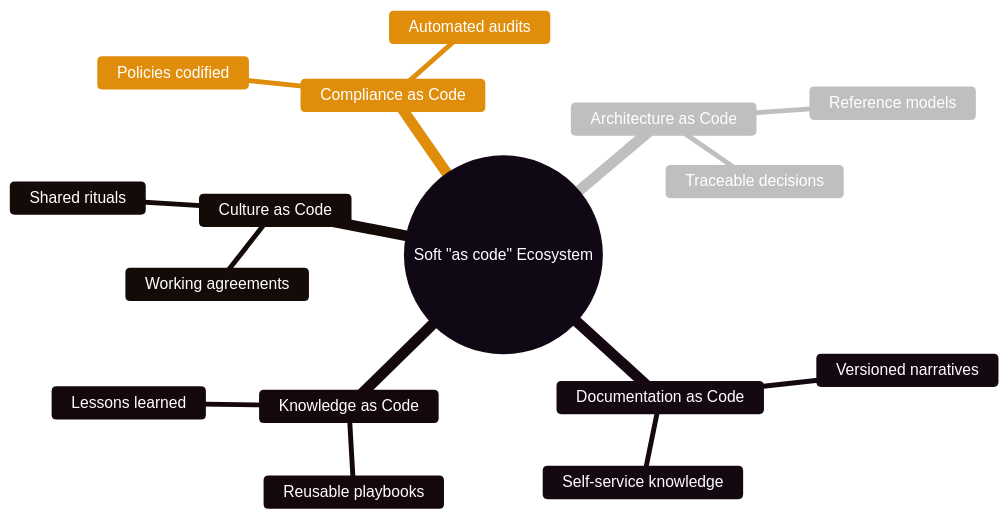
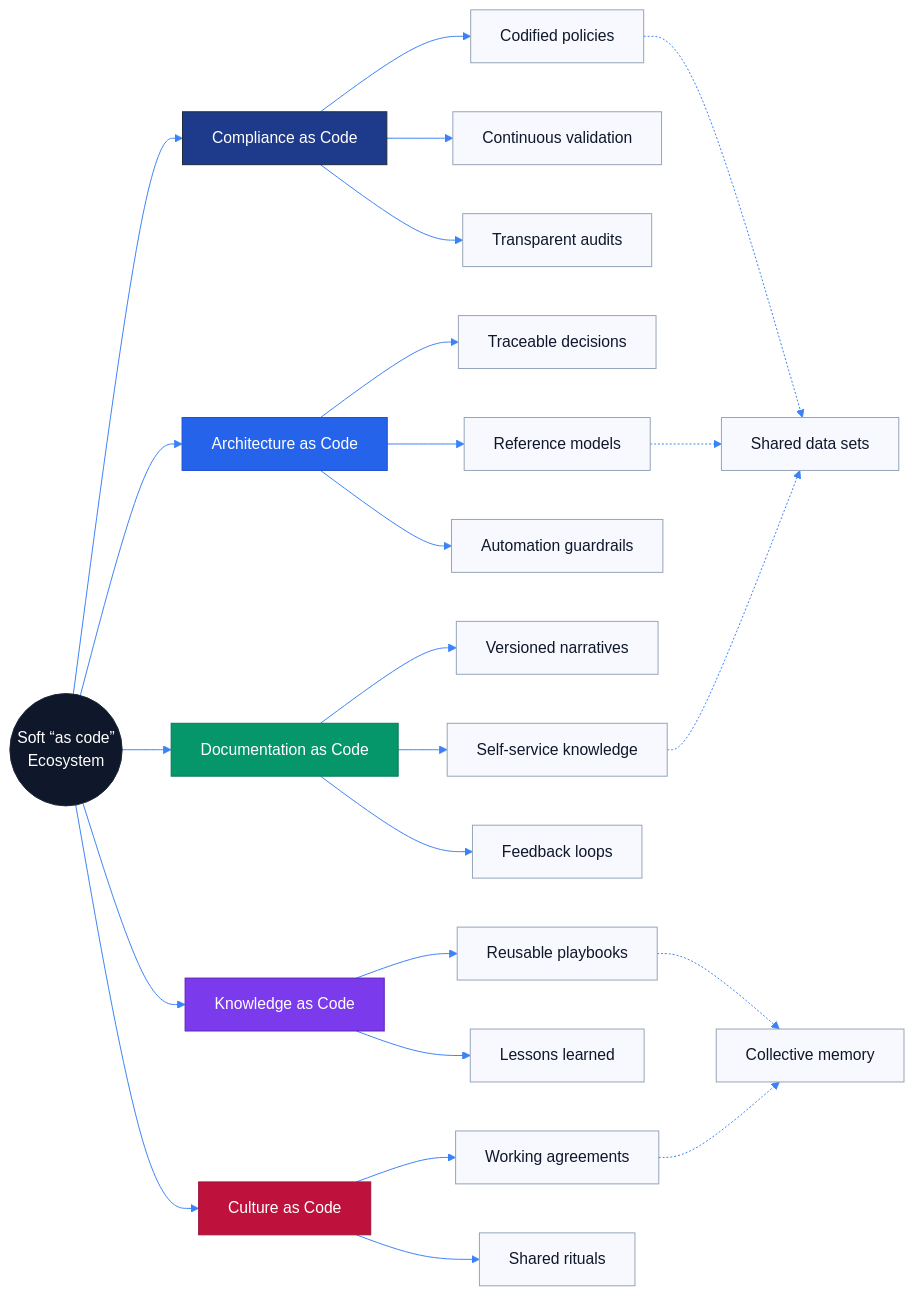
One commit to Geonitab/architecture_as_code changed the diagram in docs/images/diagram_30_soft_as_code.mmd. Above: the diagram before and after it, drawn with Mermaid.

Commit message:
Fix Mermaid diagram for soft as code ecosystem

```diff
--- a/docs/images/diagram_30_soft_as_code.mmd
+++ b/docs/images/diagram_30_soft_as_code.mmd
@@ -1,29 +1,54 @@
 ---
 config:
   theme: 'base'
   themeVariables:
-    primaryColor: '#5b2c6f'
+    primaryColor: '#1e3a8a'
     primaryTextColor: '#ffffff'
-    primaryBorderColor: '#3a1c46'
-    lineColor: '#c39bd3'
-    secondaryColor: '#f8c471'
-    tertiaryColor: '#ffffff'
+    primaryBorderColor: '#1e293b'
+    lineColor: '#3b82f6'
+    secondaryColor: '#059669'
+    tertiaryColor: '#f8f9ff'
+    edgeLabelBackground: '#ffffff'
 ---
-%% Interplay between soft as code disciplines
-mindmap
-  root((Soft "as code" Ecosystem))
-    Compliance as Code
-      Policies codified
-      Automated audits
-    Architecture as Code
-      Reference models
-      Traceable decisions
-    Documentation as Code
-      Versioned narratives
-      Self-service knowledge
-    Knowledge as Code
-      Reusable playbooks
-      Lessons learned
-    Culture as Code
-      Working agreements
-      Shared rituals
+graph LR
+    A((Soft “as code”<br/>Ecosystem))
+
+    A --> C[Compliance as Code]
+    A --> R[Architecture as Code]
+    A --> D[Documentation as Code]
+    A --> K[Knowledge as Code]
+    A --> U[Culture as Code]
+
+    C --> C1[Codified policies]
+    C --> C2[Continuous validation]
+    C --> C3[Transparent audits]
+
+    R --> R1[Traceable decisions]
+    R --> R2[Reference models]
+    R --> R3[Automation guardrails]
+
+    D --> D1[Versioned narratives]
+    D --> D2[Self-service knowledge]
+    D --> D3[Feedback loops]
+
+    K --> K1[Reusable playbooks]
+    K --> K2[Lessons learned]
+
+    U --> U1[Working agreements]
+    U --> U2[Shared rituals]
+
+    C1 -.-> S1[Shared data sets]
+    R2 -.-> S1
+    D2 -.-> S1
+    K1 -.-> S2[Collective memory]
+    U1 -.-> S2
+
+    style A fill:#0f172a,stroke:#1e293b,color:#ffffff
+    style C fill:#1e3a8a,stroke:#1e293b,color:#ffffff
+    style R fill:#2563eb,stroke:#1d4ed8,color:#ffffff
+    style D fill:#059669,stroke:#047857,color:#ffffff
+    style K fill:#7c3aed,stroke:#5b21b6,color:#ffffff
+    style U fill:#be123c,stroke:#9f1239,color:#ffffff
+
+    classDef insight fill:#f8f9ff,stroke:#94a3b8,color:#0f172a
+    class C1,C2,C3,R1,R2,R3,D1,D2,D3,K1,K2,U1,U2,S1,S2 insight
```
